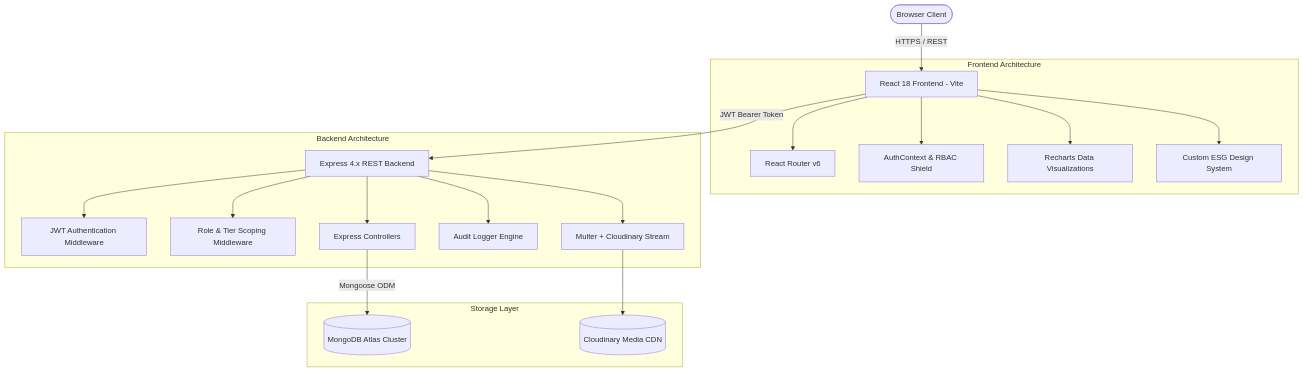
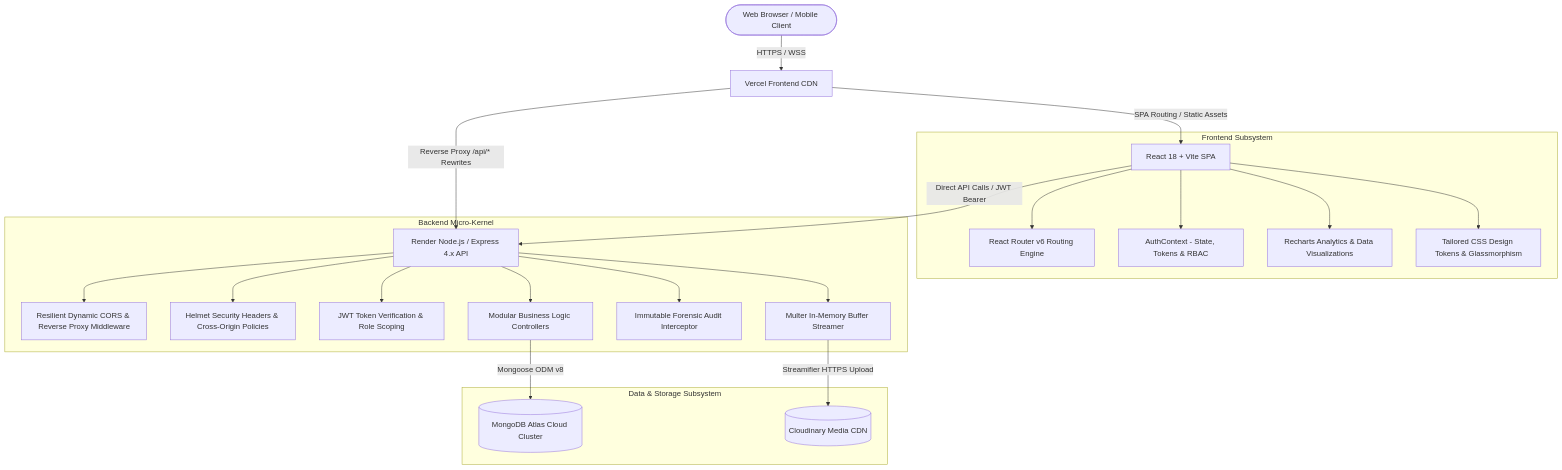
Before and after one commit to ionode-cloud/BPUT-Hackathon-2026: the first of 2 diagrams in PS08/documentation.md, drawn with Mermaid. The commit also changed other lines of this file and 6 other files, not shown here.

````diff
--- a/PS08/documentation.md
+++ b/PS08/documentation.md
@@ -49,25 +52,28 @@
 ```mermaid
 graph TD
-    User([Browser Client]) -->|HTTPS / REST| ViteApp[React 18 Frontend - Vite]
-    ViteApp -->|JWT Bearer Token| ExpressAPI[Express 4.x REST Backend]
-    
-    subgraph Frontend Architecture
-        ViteApp --> ReactRouter[React Router v6]
-        ViteApp --> AuthCtx[AuthContext & RBAC Shield]
-        ViteApp --> Recharts[Recharts Data Visualizations]
-        ViteApp --> CSSSys[Custom ESG Design System]
+    Client([Web Browser / Mobile Client]) -->|HTTPS / WSS| Vercel[Vercel Frontend CDN]
+    Vercel -->|SPA Routing / Static Assets| ReactApp[React 18 + Vite SPA]
+    Vercel -->|Reverse Proxy /api/* Rewrites| RenderBackend[Render Node.js / Express 4.x API]
+    ReactApp -->|Direct API Calls / JWT Bearer| RenderBackend
+
+    subgraph Frontend Subsystem
+        ReactApp --> ReactRouter[React Router v6 Routing Engine]
+        ReactApp --> AuthContext[AuthContext - State, Tokens & RBAC]
+        ReactApp --> Visuals[Recharts Analytics & Data Visualizations]
+        ReactApp --> UITheme[Tailored CSS Design Tokens & Glassmorphism]
     end
 
-    subgraph Backend Architecture
-        ExpressAPI --> AuthMW[JWT Authentication Middleware]
-        ExpressAPI --> RBACMW[Role & Tier Scoping Middleware]
-        ExpressAPI --> Controllers[Express Controllers]
-        ExpressAPI --> AuditMW[Audit Logger Engine]
-        ExpressAPI --> MulterCloud[Multer + Cloudinary Stream]
+    subgraph Backend Micro-Kernel
+        RenderBackend --> CorsMW[Resilient Dynamic CORS & Reverse Proxy Middleware]
+        RenderBackend --> HelmetMW[Helmet Security Headers & Cross-Origin Policies]
+        RenderBackend --> AuthGuard[JWT Token Verification & Role Scoping]
+        RenderBackend --> MulterStream[Multer In-Memory Buffer Streamer]
+        RenderBackend --> AuditLogger[Immutable Forensic Audit Interceptor]
+        RenderBackend --> Controllers[Modular Business Logic Controllers]
     end
 
-    subgraph Storage Layer
-        Controllers -->|Mongoose ODM| MongoAtlas[(MongoDB Atlas Cluster)]
-        MulterCloud --> Cloudinary[(Cloudinary Media CDN)]
+    subgraph Data & Storage Subsystem
+        Controllers -->|Mongoose ODM v8| MongoCluster[(MongoDB Atlas Cloud Cluster)]
+        MulterStream -->|Streamifier HTTPS Upload| CloudinaryCDN[(Cloudinary Media CDN)]
     end
 ```
````
